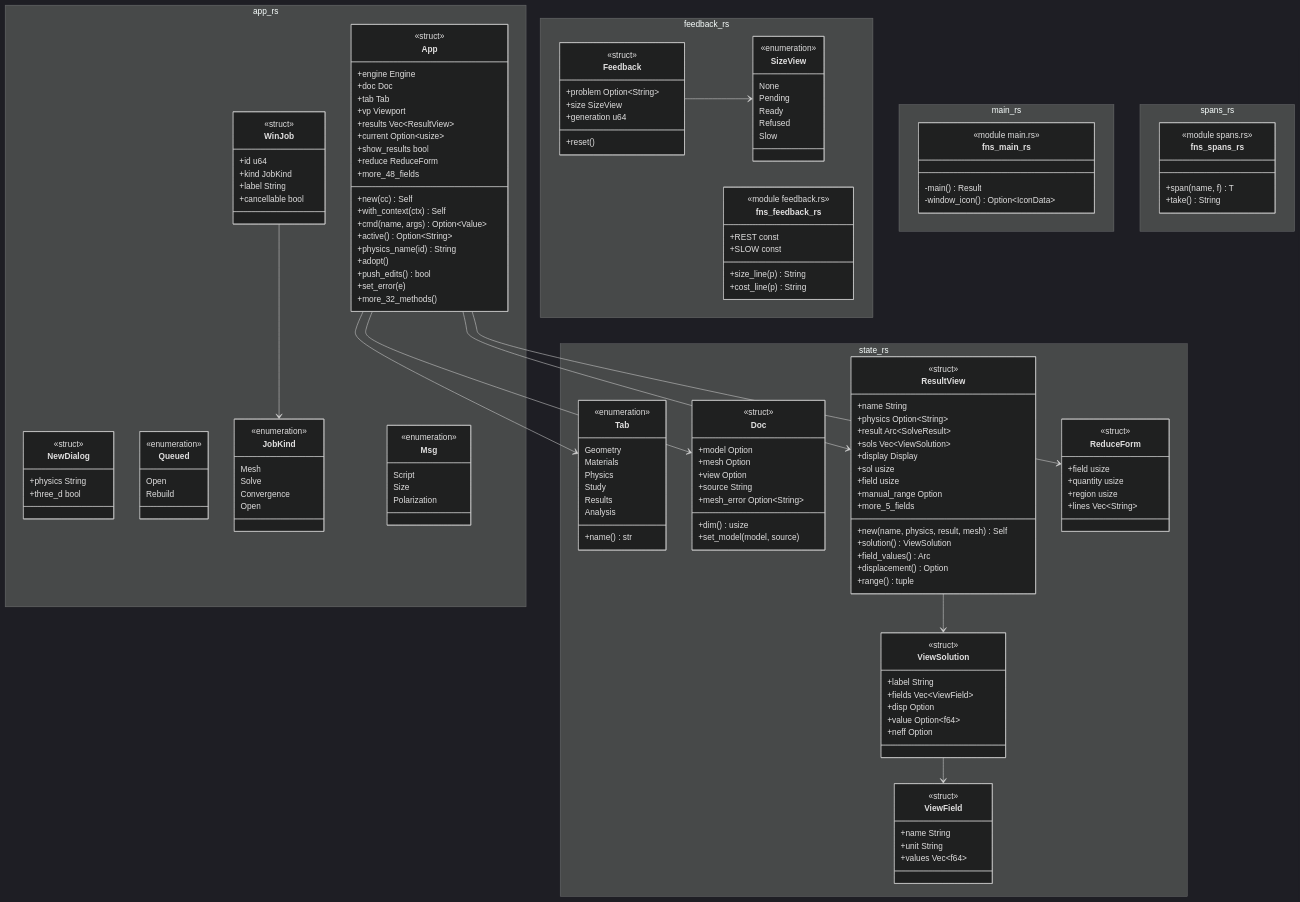
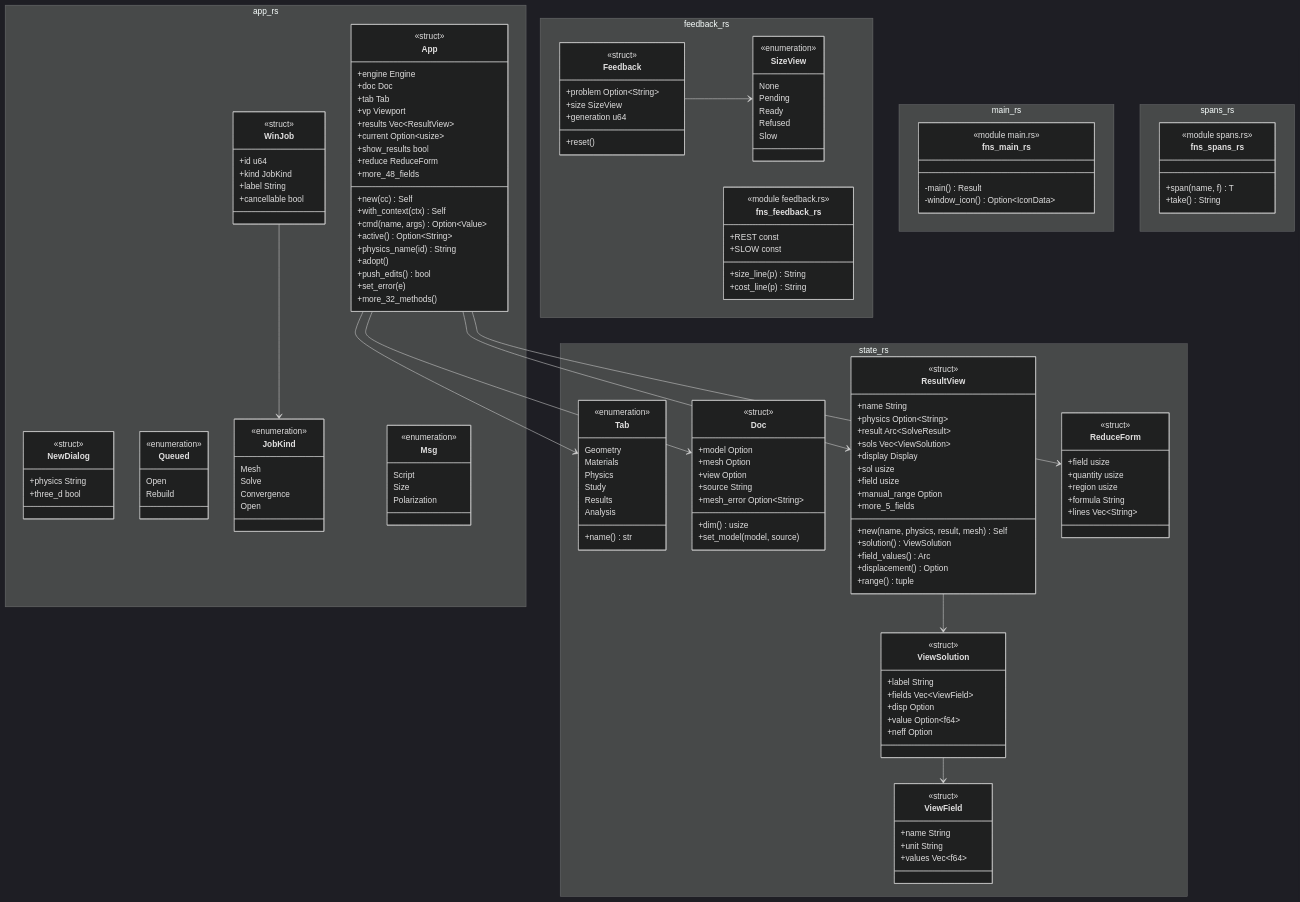
Before and after one commit to p-j-r/nyx: the diagram in docs/architecture/c4/4-code/app/window.md, drawn with Mermaid (dark theme). The commit also changed other lines of this file and 72 other files, not shown here.

```diff
--- a/docs/architecture/c4/4-code/app/window.md
+++ b/docs/architecture/c4/4-code/app/window.md
@@ -191,6 +191,7 @@
         +field usize
         +quantity usize
         +region usize
+        +formula String
         +lines Vec~String~
     }
   }
```
